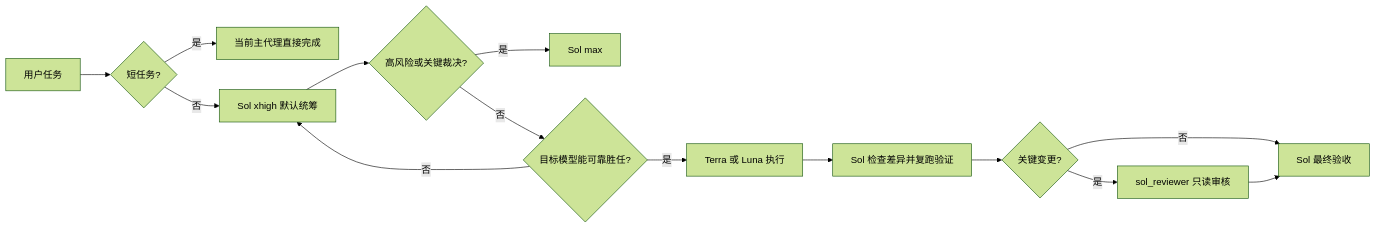
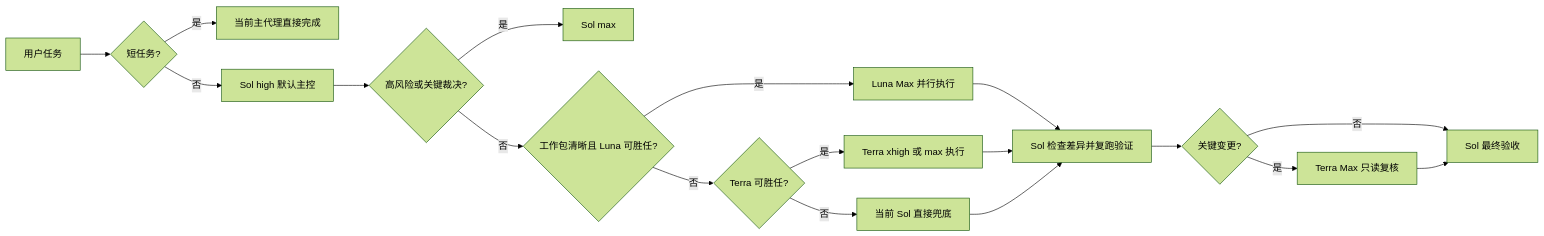
One commit to 9holy/codex-quality-orchestrator changed the diagram in README.md. Above: the diagram before and after it, drawn with Mermaid (forest theme). The commit also changed other lines of this file and 22 other files, not shown here.

````diff
--- a/README.md
+++ b/README.md
@@ -7,16 +7,20 @@
 ```mermaid
 flowchart LR
     A[用户任务] --> B{短任务?}
     B -->|是| C[当前主代理直接完成]
-    B -->|否| D[Sol xhigh 默认统筹]
+    B -->|否| D[Sol high 默认主控]
     D --> E{高风险或关键裁决?}
     E -->|是| F[Sol max]
-    E -->|否| G{目标模型能可靠胜任?}
-    G -->|否| D
-    G -->|是| H[Terra 或 Luna 执行]
+    E -->|否| G{工作包清晰且 Luna 可胜任?}
+    G -->|是| H[Luna Max 并行执行]
+    G -->|否| M{Terra 可胜任?}
+    M -->|是| N[Terra xhigh 或 max 执行]
+    M -->|否| O[当前 Sol 直接兜底]
     H --> I[Sol 检查差异并复跑验证]
+    N --> I
+    O --> I
     I --> J{关键变更?}
-    J -->|是| K[sol_reviewer 只读审核]
+    J -->|是| K[Terra Max 只读复核]
     J -->|否| L[Sol 最终验收]
     K --> L
 ```
````
